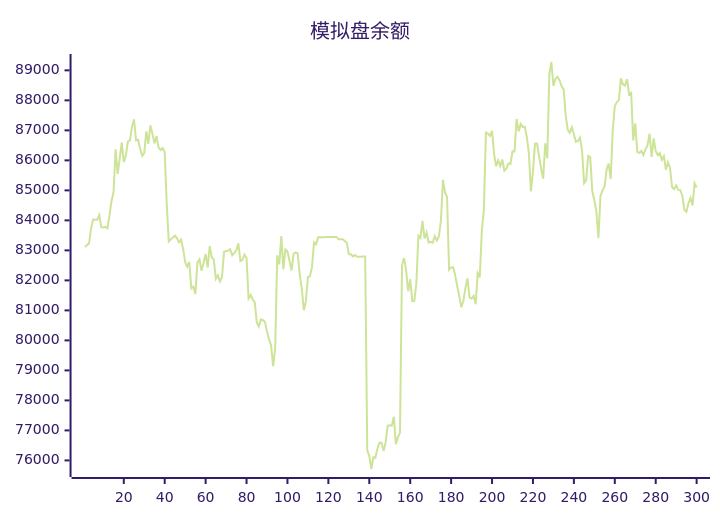
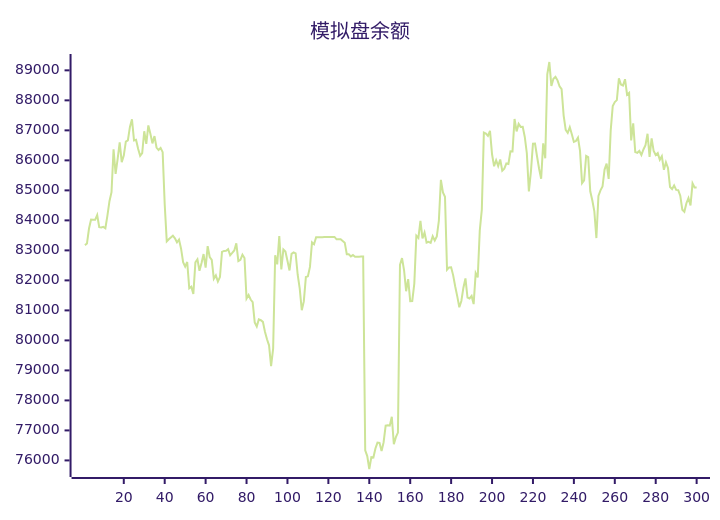
One commit to aahl/ai-trading changed the diagram in README.md. Above: the diagram before and after it, drawn with Mermaid (forest theme). The commit also changed other lines of this file and 1 other file, not shown here.

````diff
--- a/README.md
+++ b/README.md
@@ -5,5 +5,5 @@
 ```mermaid
 xychart
     title "模拟盘余额"
-    line [83107,83175,83228,83729,84025,84017,84019,84177,83775,83762,83785,83738,84160,84639,84939,86370,85548,86046,86599,85942,86161,86622,86664,87115,87369,86666,86685,86384,86152,86243,86969,86548,87164,86885,86566,86809,86427,86348,86417,86273,84538,83299,83369,83430,83490,83404,83270,83362,83056,82605,82459,82614,81734,81788,81551,82598,82702,82320,82580,82878,82426,83139,82778,82686,82056,82166,81963,82110,82951,82983,82984,83038,82838,82915,82998,83235,82642,82682,82858,82746,81396,81512,81362,81277,80600,80461,80699,80673,80616,80288,80038,79836,79142,79722,82837,82533,83480,82366,83032,82960,82654,82330,82883,82934,82901,82188,81728,81005,81298,82110,82135,82449,83264,83203,83440,83439,83440,83440,83446,83447,83448,83447,83448,83449,83369,83369,83369,83313,83256,82872,82873,82801,82844,82785,82791,82791,82793,82794,76339,76145,75714,76110,76096,76397,76594,76585,76310,76607,77160,77170,77160,77456,76541,76774,76927,82520,82744,82337,81639,82040,81307,81314,81887,83490,83414,83984,83396,83594,83261,83287,83253,83470,83327,83465,83987,85348,84930,84786,82355,82433,82438,82167,81795,81466,81105,81315,81756,82064,81426,81398,81481,81210,82242,82099,83658,84359,86925,86892,86814,86980,86203,85802,86003,85811,86028,85657,85721,85896,85880,86300,86299,87378,86965,87214,87115,87118,86780,86238,84966,85623,86555,86562,86129,85722,85387,86569,86070,88870,89278,88477,88720,88781,88668,88467,88372,87493,87018,86917,87102,86870,86613,86644,86758,86317,85242,85334,86149,86106,84968,84671,84302,83410,84816,85001,85127,85693,85891,85384,87001,87811,87945,88007,88734,88528,88495,88705,88189,88248,86662,87234,86279,86251,86314,86177,86364,86503,86886,86114,86731,86310,86176,86240,86017,86136,85685,85938,85749,85111,85044,85164,85016,85008,84824,84354,84287,84572,84745,84500,85234,85096]
+    line [83175,83228,83729,84025,84017,84019,84177,83775,83762,83785,83738,84160,84639,84939,86370,85548,86046,86599,85942,86161,86622,86664,87115,87369,86666,86685,86384,86152,86243,86969,86548,87164,86885,86566,86809,86427,86348,86417,86273,84538,83299,83369,83430,83490,83404,83270,83362,83056,82605,82459,82614,81734,81788,81551,82598,82702,82320,82580,82878,82426,83139,82778,82686,82056,82166,81963,82110,82951,82983,82984,83038,82838,82915,82998,83235,82642,82682,82858,82746,81396,81512,81362,81277,80600,80461,80699,80673,80616,80288,80038,79836,79142,79722,82837,82533,83480,82366,83032,82960,82654,82330,82883,82934,82901,82188,81728,81005,81298,82110,82135,82449,83264,83203,83440,83439,83440,83440,83446,83447,83448,83447,83448,83449,83369,83369,83369,83313,83256,82872,82873,82801,82844,82785,82791,82791,82793,82794,76339,76145,75714,76110,76096,76397,76594,76585,76310,76607,77160,77170,77160,77456,76541,76774,76927,82520,82744,82337,81639,82040,81307,81314,81887,83490,83414,83984,83396,83594,83261,83287,83253,83470,83327,83465,83987,85348,84930,84786,82355,82433,82438,82167,81795,81466,81105,81315,81756,82064,81426,81398,81481,81210,82242,82099,83658,84359,86925,86892,86814,86980,86203,85802,86003,85811,86028,85657,85721,85896,85880,86300,86299,87378,86965,87214,87115,87118,86780,86238,84966,85623,86555,86562,86129,85722,85387,86569,86070,88870,89278,88477,88720,88781,88668,88467,88372,87493,87018,86917,87102,86870,86613,86644,86758,86317,85242,85334,86149,86106,84968,84671,84302,83410,84816,85001,85127,85693,85891,85384,87001,87811,87945,88007,88734,88528,88495,88705,88189,88248,86662,87234,86279,86251,86314,86177,86364,86503,86886,86114,86731,86310,86176,86240,86017,86136,85685,85938,85749,85111,85044,85164,85016,85008,84824,84354,84287,84572,84745,84500,85234,85096,85095]
 ```
````
